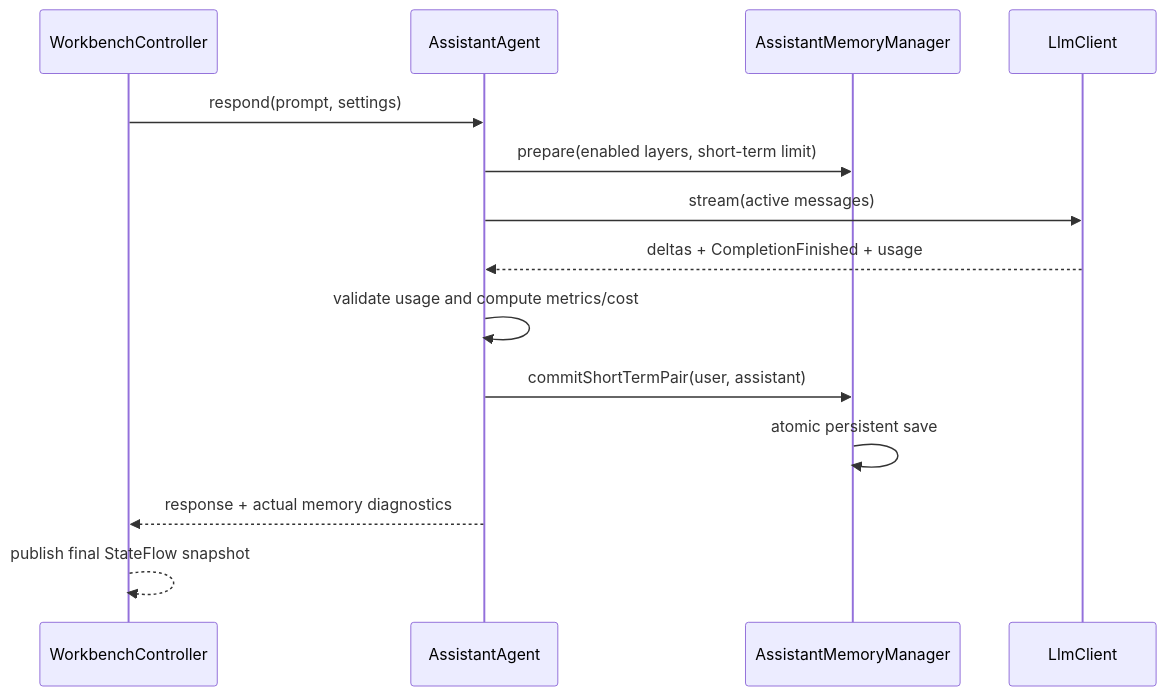
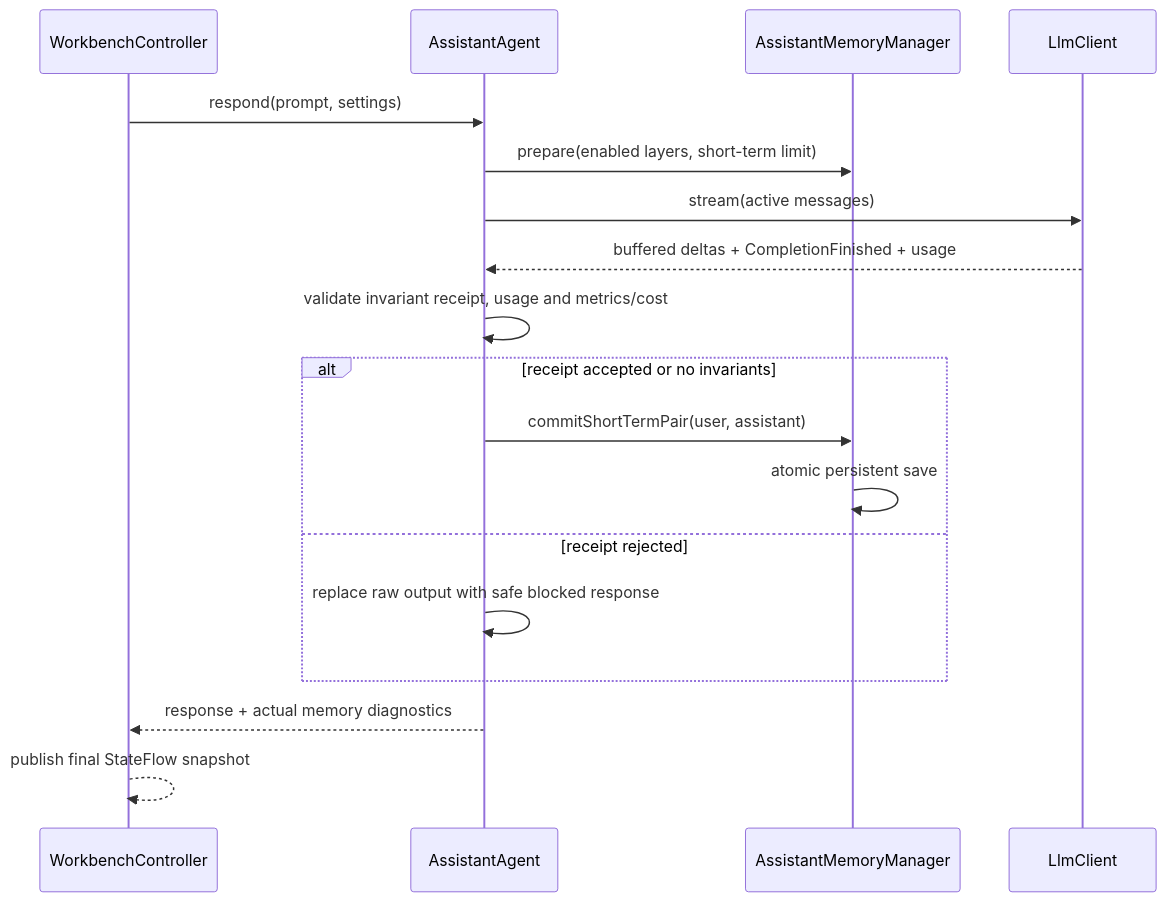
One commit to StefanSerkhir/AI-Advent-Challenge changed the second of 2 diagrams in docs/ARCHITECTURE.md. Above: the diagram before and after it, drawn with Mermaid. The commit also changed other lines of this file and 28 other files, not shown here.

````diff
--- a/docs/ARCHITECTURE.md
+++ b/docs/ARCHITECTURE.md
@@ -165,16 +167,20 @@
 ```mermaid
 sequenceDiagram
     participant C as WorkbenchController
     participant A as AssistantAgent
     participant M as AssistantMemoryManager
     participant L as LlmClient
     C->>A: respond(prompt, settings)
     A->>M: prepare(enabled layers, short-term limit)
     A->>L: stream(active messages)
-    L-->>A: deltas + CompletionFinished + usage
-    A->>A: validate usage and compute metrics/cost
-    A->>M: commitShortTermPair(user, assistant)
-    M->>M: atomic persistent save
+    L-->>A: buffered deltas + CompletionFinished + usage
+    A->>A: validate invariant receipt, usage and metrics/cost
+    alt receipt accepted or no invariants
+        A->>M: commitShortTermPair(user, assistant)
+        M->>M: atomic persistent save
+    else receipt rejected
+        A->>A: replace raw output with safe blocked response
+    end
     A-->>C: response + actual memory diagnostics
     C-->>C: publish final StateFlow snapshot
 ```
````
